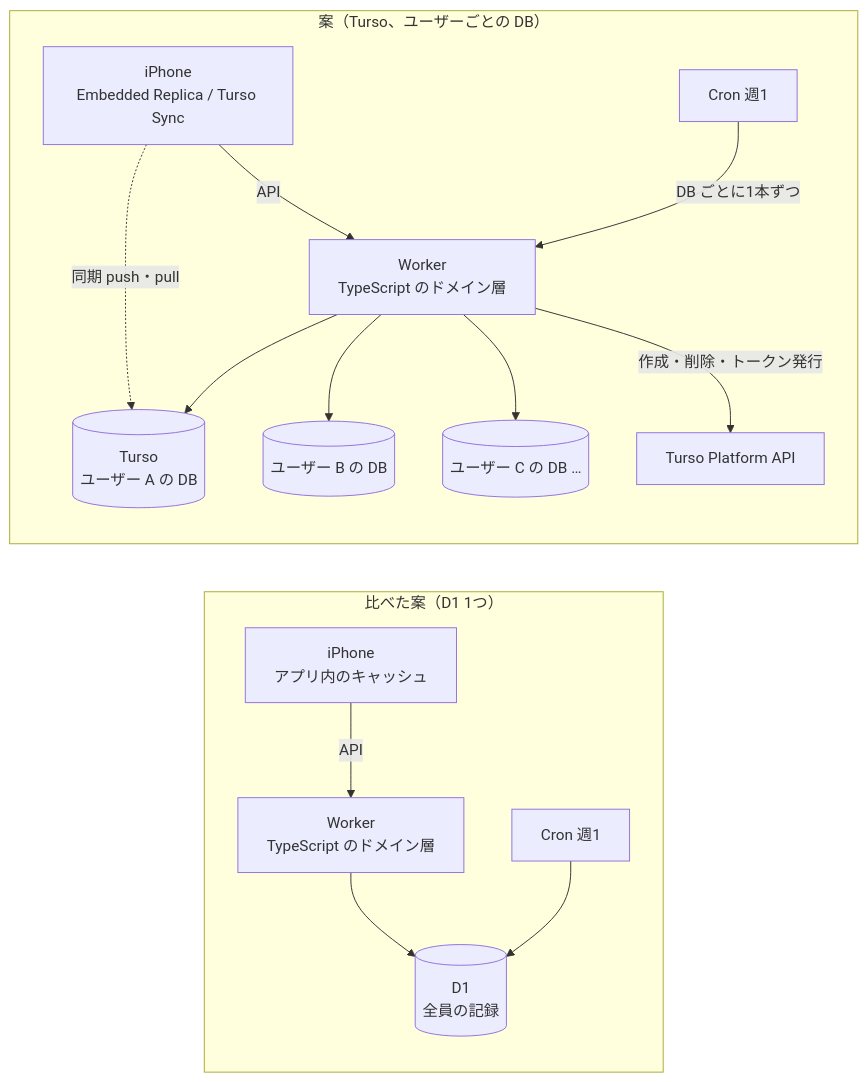
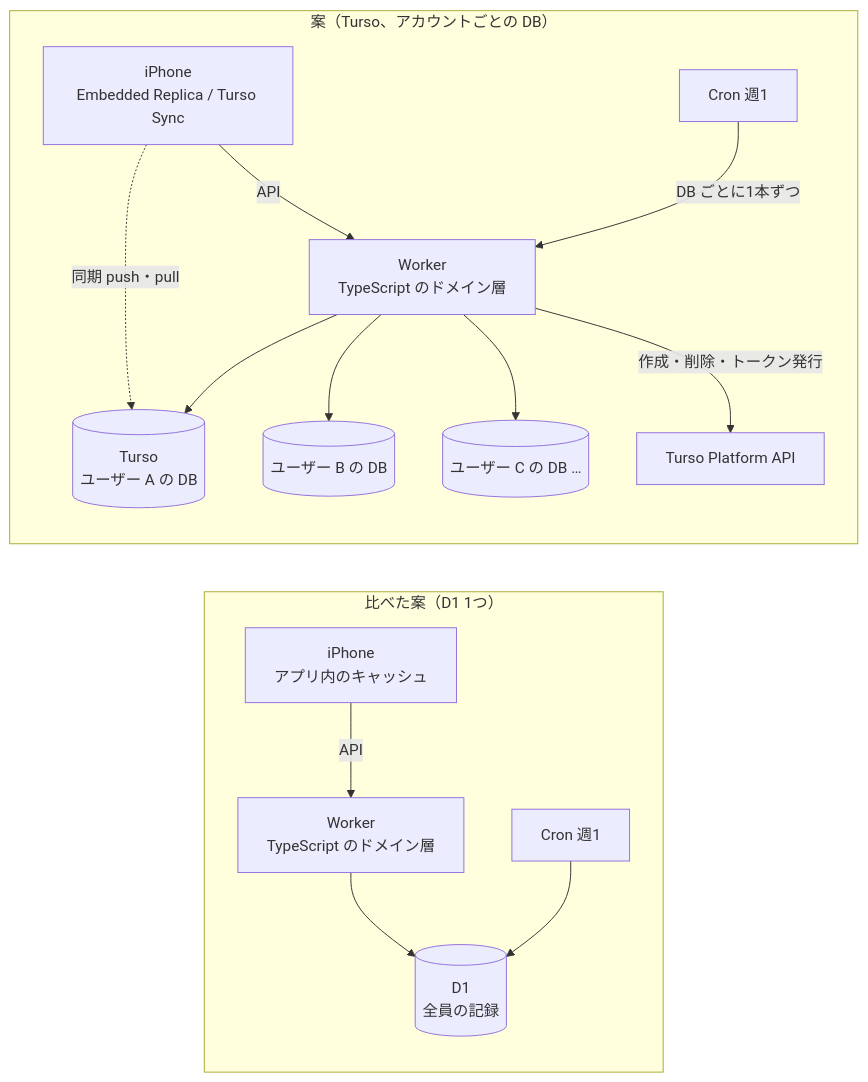
Before and after one commit to gn-t-k/nu-tori: the first of 7 diagrams in docs/research/turso.md, drawn with Mermaid. The commit also changed other lines of this file and 2 other files, not shown here.

````diff
--- a/docs/research/turso.md
+++ b/docs/research/turso.md
@@ -52,17 +52,17 @@
 ```mermaid
 flowchart LR
   subgraph Now["比べた案（D1 1つ）"]
     A1[iPhone<br/>アプリ内のキャッシュ] -->|API| W1[Worker<br/>TypeScript のドメイン層]
     W1 --> D1[(D1<br/>全員の記録)]
     C1[Cron 週1] --> D1
   end
-  subgraph Plan["案（Turso、ユーザーごとの DB）"]
+  subgraph Plan["案（Turso、アカウントごとの DB）"]
     A2[iPhone<br/>Embedded Replica / Turso Sync] -.->|同期 push・pull| T2[(Turso<br/>ユーザー A の DB)]
     A2 -->|API| W2[Worker<br/>TypeScript のドメイン層]
     W2 --> T2
     W2 --> T3[(ユーザー B の DB)]
     W2 --> T4[(ユーザー C の DB …)]
     C2[Cron 週1] -->|DB ごとに1本ずつ| W2
     W2 -->|作成・削除・トークン発行| P[Turso Platform API]
   end
 ```
````
